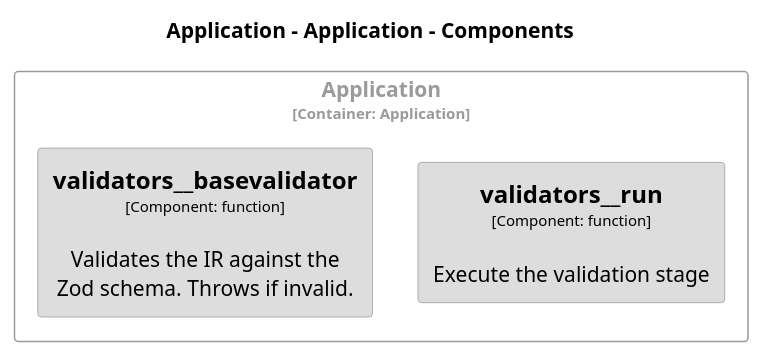
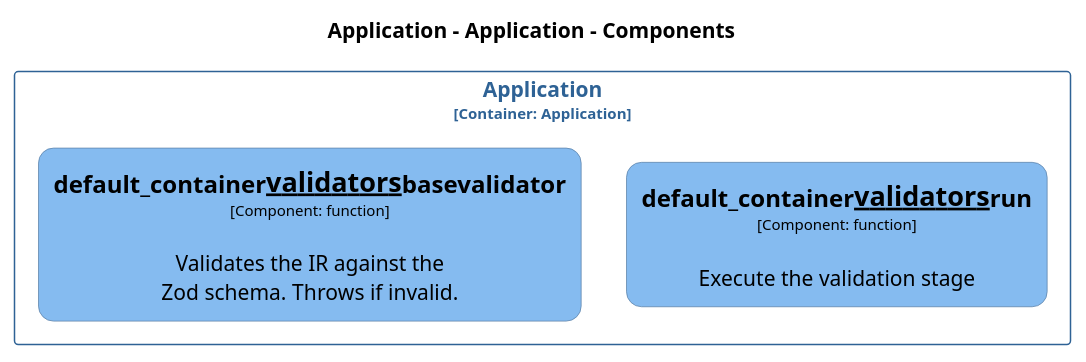
The diagram in docs/architecture/diagrams/plantuml/structurizr-Classes_default_container__validators.puml (chrislyons-dev/archlette), drawn with PlantUML before and after one commit. The commit also changed 187 other files, not shown here.

```diff
--- a/docs/architecture/diagrams/plantuml/structurizr-Classes_default_container__validators.puml
+++ b/docs/architecture/diagrams/plantuml/structurizr-Classes_default_container__validators.puml
@@ -1,41 +1,44 @@
 @startuml
 set separator none
 title Application - Application - Components
 
 top to bottom direction
 skinparam ranksep 60
 skinparam nodesep 30
 
 skinparam {
   arrowFontSize 10
   defaultTextAlignment center
   wrapWidth 200
   maxMessageSize 100
+  defaultFontName "Arial"
 }
 
 hide stereotype
 
-skinparam rectangle<<Application.Application.validators__basevalidator>> {
-  BackgroundColor #dddddd
+skinparam rectangle<<Application.Application.default_container__validators__basevalidator>> {
+  BackgroundColor #85bbf0
   FontColor #000000
-  BorderColor #9a9a9a
+  BorderColor #5d82a8
+  roundCorner 20
   shadowing false
 }
-skinparam rectangle<<Application.Application.validators__run>> {
-  BackgroundColor #dddddd
+skinparam rectangle<<Application.Application.default_container__validators__run>> {
+  BackgroundColor #85bbf0
   FontColor #000000
-  BorderColor #9a9a9a
+  BorderColor #5d82a8
+  roundCorner 20
   shadowing false
 }
 skinparam rectangle<<Application.Application>> {
-  BorderColor #9a9a9a
-  FontColor #9a9a9a
+  BorderColor #2e6295
+  FontColor #2e6295
   shadowing false
 }
 
 rectangle "Application\n<size:10>[Container: Application]</size>" <<Application.Application>> {
-  rectangle "==validators__run\n<size:10>[Component: function]</size>\n\nExecute the validation stage" <<Application.Application.validators__run>> as Application.Application.validators__run
-  rectangle "==validators__basevalidator\n<size:10>[Component: function]</size>\n\nValidates the IR against the Zod schema. Throws if invalid." <<Application.Application.validators__basevalidator>> as Application.Application.validators__basevalidator
+  rectangle "==default_container__validators__run\n<size:10>[Component: function]</size>\n\nExecute the validation stage" <<Application.Application.default_container__validators__run>> as Application.Application.default_container__validators__run
+  rectangle "==default_container__validators__basevalidator\n<size:10>[Component: function]</size>\n\nValidates the IR against the Zod schema. Throws if invalid." <<Application.Application.default_container__validators__basevalidator>> as Application.Application.default_container__validators__basevalidator
 }
 
 @enduml
```
